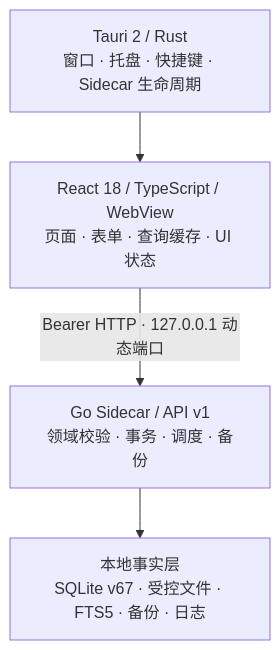
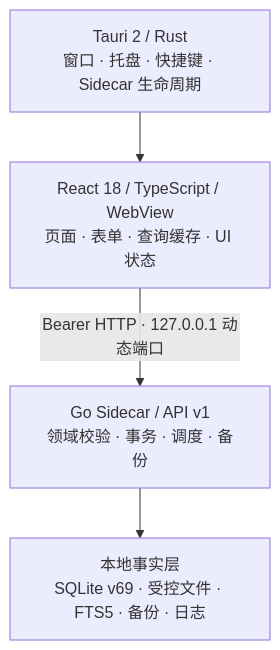
One commit to DingxinTao0417/opc-workspace changed the diagram in README.md. Above: the diagram before and after it, drawn with Mermaid. The commit also changed other lines of this file and 155 other files, not shown here.

First line of the commit message:
fix(ai): harden assistant reliability and confirmation flows

````diff
--- a/README.md
+++ b/README.md
@@ -127,11 +128,11 @@
 ```mermaid
 flowchart TB
     Desktop["Tauri 2 / Rust<br/>窗口 · 托盘 · 快捷键 · Sidecar 生命周期"]
     Web["React 18 / TypeScript / WebView<br/>页面 · 表单 · 查询缓存 · UI 状态"]
     API["Go Sidecar / API v1<br/>领域校验 · 事务 · 调度 · 备份"]
-    Data["本地事实层<br/>SQLite v67 · 受控文件 · FTS5 · 备份 · 日志"]
+    Data["本地事实层<br/>SQLite v69 · 受控文件 · FTS5 · 备份 · 日志"]
 
     Desktop --> Web
     Web -->|"Bearer HTTP · 127.0.0.1 动态端口"| API
     API --> Data
 ```
````
